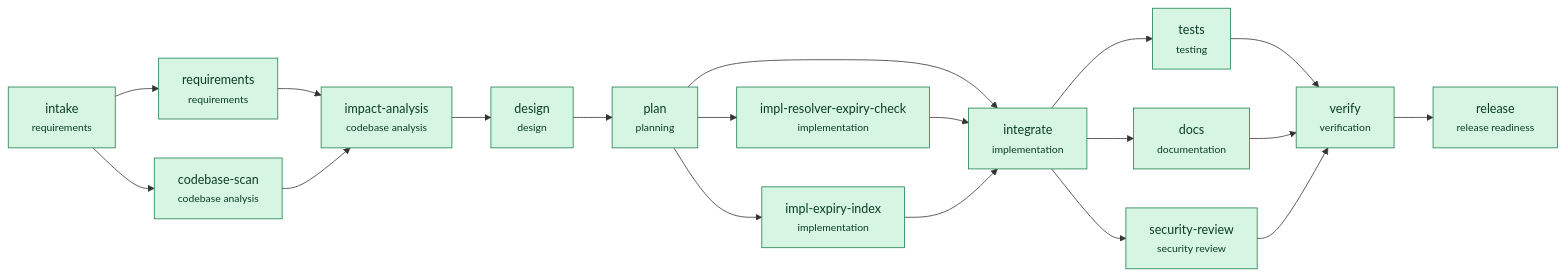
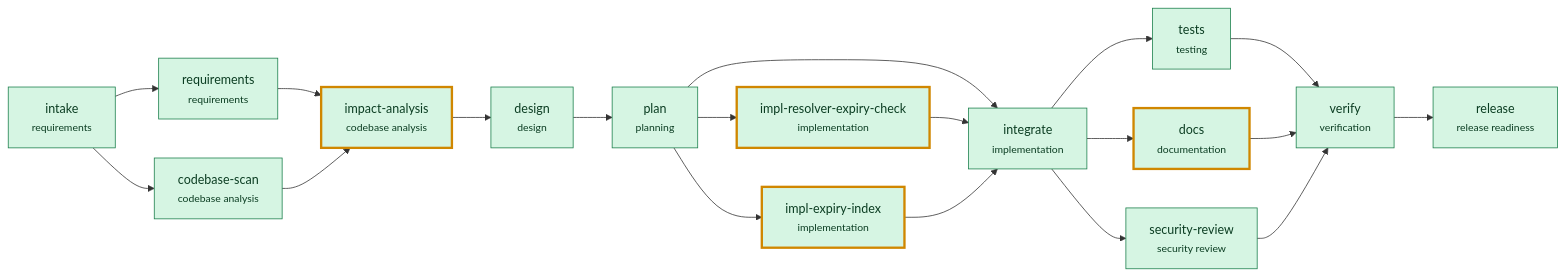
The diagram in docs/evidence/drill/graph.mmd (Marisha-Sahay/agentic-sdlc-orchestrator), drawn with Mermaid before and after one commit. The commit also changed 8 other files, not shown here.

First line of the commit message:
Highlight recovered nodes in the run report graph

```diff
--- a/docs/evidence/drill/graph.mmd
+++ b/docs/evidence/drill/graph.mmd
@@ -1,38 +1,39 @@
 flowchart LR
   intake["intake<br/><small>requirements</small>"]:::succeeded
   requirements["requirements<br/><small>requirements</small>"]:::succeeded
   intake --> requirements
   codebase_scan["codebase-scan<br/><small>codebase analysis</small>"]:::succeeded
   intake --> codebase_scan
-  impact_analysis["impact-analysis<br/><small>codebase analysis</small>"]:::succeeded
+  impact_analysis["impact-analysis<br/><small>codebase analysis</small>"]:::recovered
   requirements --> impact_analysis
   codebase_scan --> impact_analysis
   design["design<br/><small>design</small>"]:::succeeded
   impact_analysis --> design
   plan["plan<br/><small>planning</small>"]:::succeeded
   design --> plan
-  impl_resolver_expiry_check["impl-resolver-expiry-check<br/><small>implementation</small>"]:::succeeded
+  impl_resolver_expiry_check["impl-resolver-expiry-check<br/><small>implementation</small>"]:::recovered
   plan --> impl_resolver_expiry_check
-  impl_expiry_index["impl-expiry-index<br/><small>implementation</small>"]:::succeeded
+  impl_expiry_index["impl-expiry-index<br/><small>implementation</small>"]:::recovered
   plan --> impl_expiry_index
   integrate["integrate<br/><small>implementation</small>"]:::succeeded
   plan --> integrate
   impl_resolver_expiry_check --> integrate
   impl_expiry_index --> integrate
   tests["tests<br/><small>testing</small>"]:::succeeded
   integrate --> tests
-  docs["docs<br/><small>documentation</small>"]:::succeeded
+  docs["docs<br/><small>documentation</small>"]:::recovered
   integrate --> docs
   security_review["security-review<br/><small>security review</small>"]:::succeeded
   integrate --> security_review
   verify["verify<br/><small>verification</small>"]:::succeeded
   tests --> verify
   docs --> verify
   security_review --> verify
   release["release<br/><small>release readiness</small>"]:::succeeded
   verify --> release
   classDef succeeded fill:#d6f5e3,stroke:#1a7f4b,color:#0b3d22
+  classDef recovered fill:#d6f5e3,stroke:#d08700,stroke-width:3px,color:#0b3d22
   classDef failed fill:#fde0dc,stroke:#c0362c,color:#5c120c
   classDef skipped fill:#eeeeee,stroke:#999,color:#555,stroke-dasharray:4 3
   classDef pending fill:#fff4d6,stroke:#a86400,color:#4d2e00
   classDef running fill:#dfe8ff,stroke:#2f5bb7,color:#12275a
```
